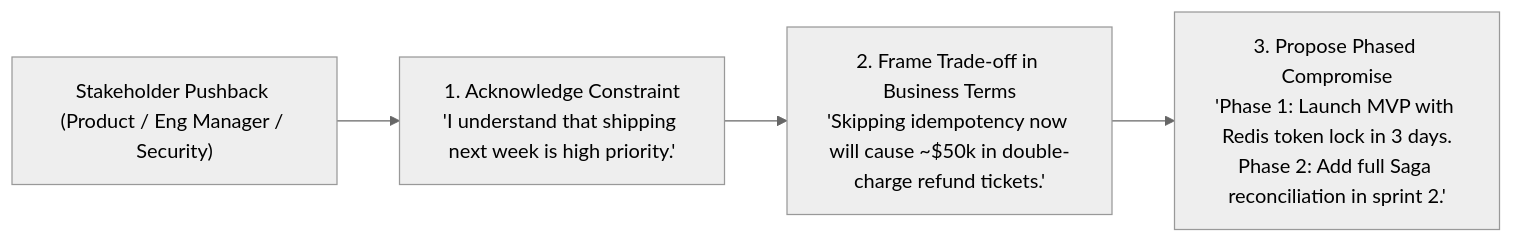
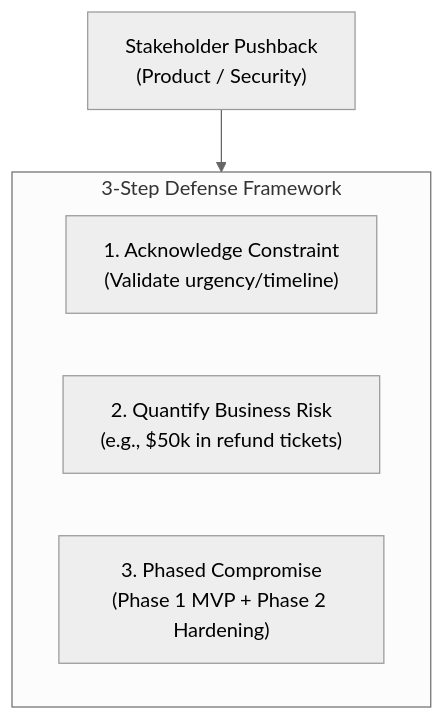
The second of 2 diagrams in strivers-hld/16-Org-Level-Platform-Thinking-and-Communication/README.md (Sourav108/strivers-lld), drawn with Mermaid (neutral theme) before and after one commit. The commit also changed other lines of this file and 39 other files, not shown here.

Commit message:
fix(mermaid): wrap node labels, simplify diamonds, and reformat wide diagrams for perfect GitHub rendering

````diff
--- a/strivers-hld/16-Org-Level-Platform-Thinking-and-Communication/README.md
+++ b/strivers-hld/16-Org-Level-Platform-Thinking-and-Communication/README.md
@@ -39,8 +39,12 @@
 ```mermaid
-flowchart LR
-    Pushback["Stakeholder Pushback (Product / Eng Manager / Security)"]
+flowchart TD
+    Pushback["Stakeholder Pushback<br/>(Product / Security)"]
     
-    Pushback --> D1["1. Acknowledge Constraint<br/>'I understand that shipping next week is high priority.'"]
-    D1 --> D2["2. Frame Trade-off in Business Terms<br/>'Skipping idempotency now will cause ~$50k in double-charge refund tickets.'"]
-    D2 --> D3["3. Propose Phased Compromise<br/>'Phase 1: Launch MVP with Redis token lock in 3 days.<br/>Phase 2: Add full Saga reconciliation in sprint 2.'"]
+    subgraph DefenseFramework["3-Step Defense Framework"]
+        D1["1. Acknowledge Constraint<br/>(Validate urgency/timeline)"]
+        D2["2. Quantify Business Risk<br/>(e.g., $50k in refund tickets)"]
+        D3["3. Phased Compromise<br/>(Phase 1 MVP + Phase 2 Hardening)"]
+    end
+
+    Pushback --> DefenseFramework
 ```
````
